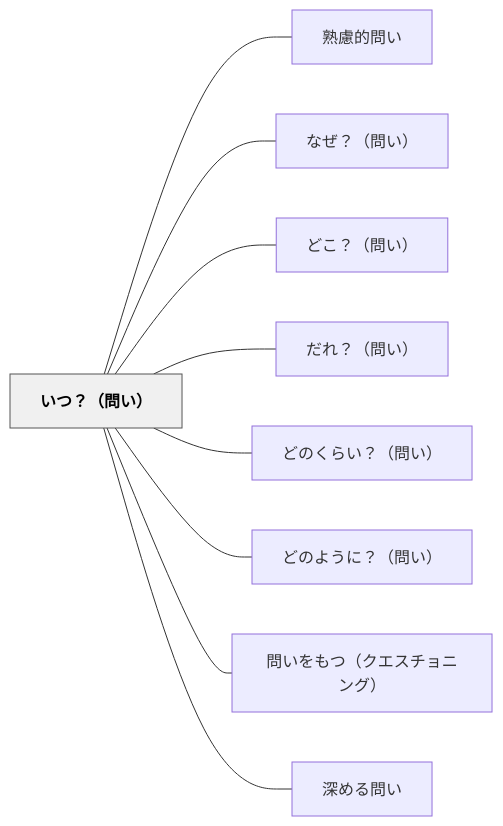
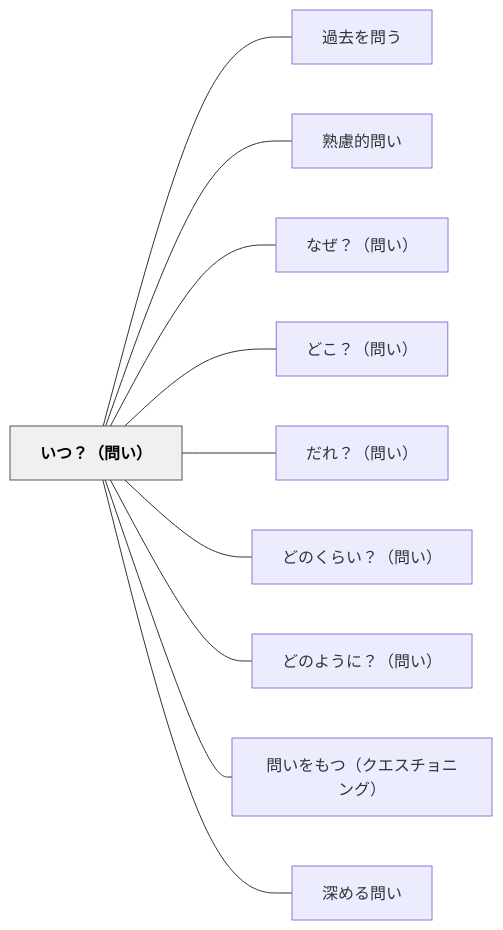
The diagram in content/パタン/いつ？（問い）.md (unknownthings-ed-patterns/unknownthings-ed-patterns), drawn with Mermaid before and after one commit. The commit also changed other lines of this file and 35 other files, not shown here.

````diff
--- a/content/パタン/いつ？（問い）.md
+++ b/content/パタン/いつ？（問い）.md
@@ -45,24 +46,26 @@
 ```mermaid
 flowchart LR
     ne38184e381a4efbc9fefbc88e5958fe38184efbc89["いつ？（問い）"]
+    ne9818ee58ebbe38292e5958fe38186["過去を問う"]
     ne7869fe685aee79a84e5958fe38184["熟慮的問い"]
     ne381aae3819cefbc9fefbc88e5958fe38184efbc89["なぜ？（問い）"]
     ne381a9e38193efbc9fefbc88e5958fe38184efbc89["どこ？（問い）"]
     ne381a0e3828cefbc9fefbc88e5958fe38184efbc89["だれ？（問い）"]
     ne381a9e381aee3818fe38289e38184efbc9fefbc88e5958fe38184efbc89["どのくらい？（問い）"]
     ne381a9e381aee38288e38186e381abefbc9fefbc88e5958fe38184efbc89["どのように？（問い）"]
     ne5958fe38184e38292e38282e381a4efbc88e382afe382a8e382b9e38381e383a7e3838be383b3e382b0efbc89["問いをもつ（クエスチョニング）"]
     ne6b7b1e38281e3828be5958fe38184["深める問い"]
 
+    ne38184e381a4efbc9fefbc88e5958fe38184efbc89 --- ne9818ee58ebbe38292e5958fe38186
     ne38184e381a4efbc9fefbc88e5958fe38184efbc89 --- ne7869fe685aee79a84e5958fe38184
     ne38184e381a4efbc9fefbc88e5958fe38184efbc89 --- ne381aae3819cefbc9fefbc88e5958fe38184efbc89
     ne38184e381a4efbc9fefbc88e5958fe38184efbc89 --- ne381a9e38193efbc9fefbc88e5958fe38184efbc89
     ne38184e381a4efbc9fefbc88e5958fe38184efbc89 --- ne381a0e3828cefbc9fefbc88e5958fe38184efbc89
     ne38184e381a4efbc9fefbc88e5958fe38184efbc89 --- ne381a9e381aee3818fe38289e38184efbc9fefbc88e5958fe38184efbc89
     ne38184e381a4efbc9fefbc88e5958fe38184efbc89 --- ne381a9e381aee38288e38186e381abefbc9fefbc88e5958fe38184efbc89
     ne38184e381a4efbc9fefbc88e5958fe38184efbc89 --- ne5958fe38184e38292e38282e381a4efbc88e382afe382a8e382b9e38381e383a7e3838be383b3e382b0efbc89
     ne38184e381a4efbc9fefbc88e5958fe38184efbc89 --- ne6b7b1e38281e3828be5958fe38184
 
     classDef hub fill:#f0f0f0,stroke:#555,color:#000,font-weight:bold
     class ne38184e381a4efbc9fefbc88e5958fe38184efbc89 hub
 ```
````
